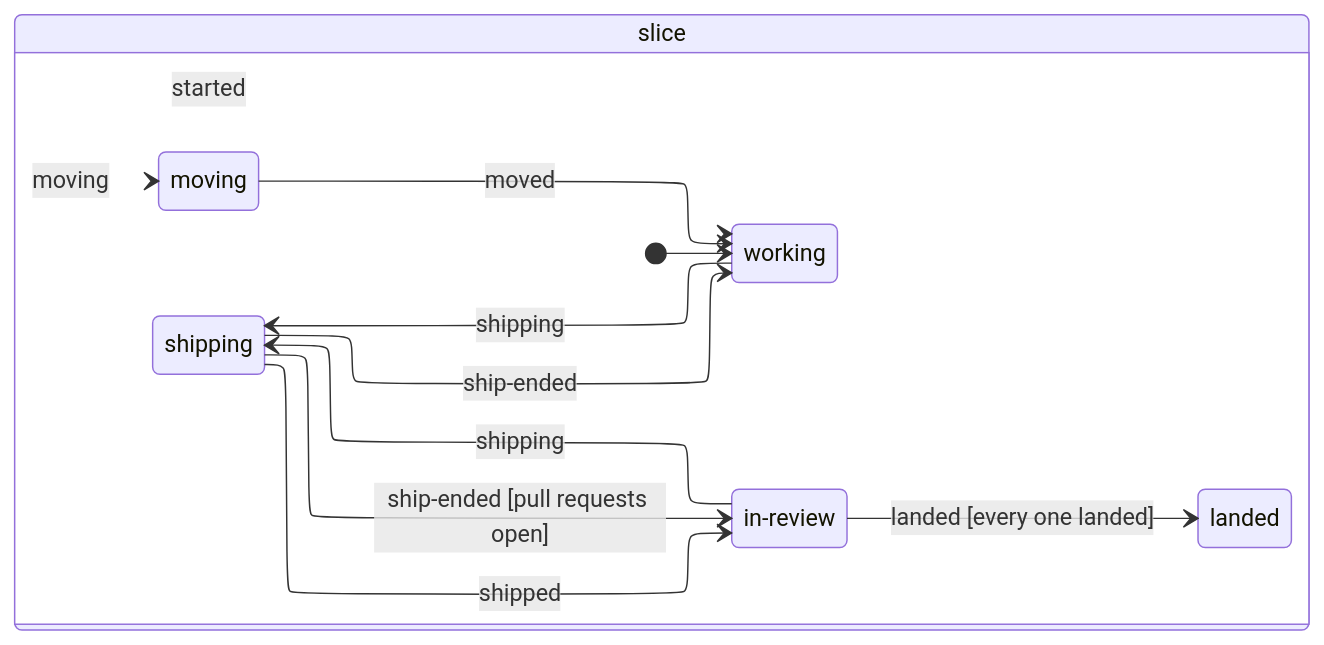
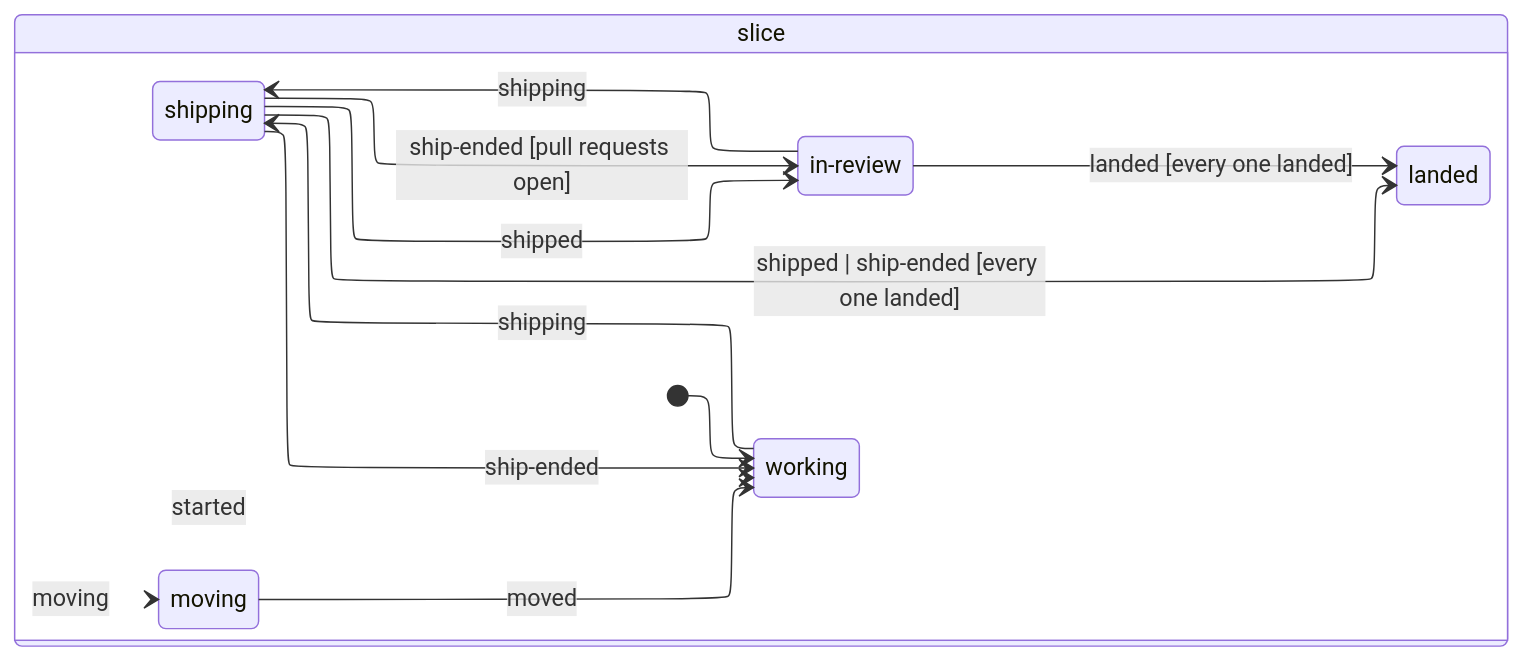
One commit to jonhilt/focus-hq changed the diagram in docs/goals.md. Above: the diagram before and after it, drawn with Mermaid. The commit also changed other lines of this file and 8 other files, not shown here.

````diff
--- a/docs/goals.md
+++ b/docs/goals.md
@@ -36,26 +36,27 @@
 ```mermaid
 ---
 config:
   layout: elk
 ---
 stateDiagram-v2
   direction LR
   state "slice" as slice {
     [*] --> slice_working
     state "working" as slice_working
     state "shipping" as slice_shipping
     state "in-review" as slice_in_review
     state "landed" as slice_landed
     state "moving" as slice_moving
   }
   slice_working --> slice_shipping : shipping
+  slice_shipping --> slice_landed : shipped | ship-ended [every one landed]
   slice_shipping --> slice_in_review : shipped
   slice_shipping --> slice_in_review : ship-ended [pull requests open]
   slice_shipping --> slice_working : ship-ended
   slice_in_review --> slice_shipping : shipping
   slice_in_review --> slice_landed : landed [every one landed]
   slice_moving --> slice_working : moved
   slice --> slice_working : started
   slice --> slice_moving : moving
   classDef final fill:#1d3320,stroke:#9fd39f,color:#e8e4d8
 ```
````
